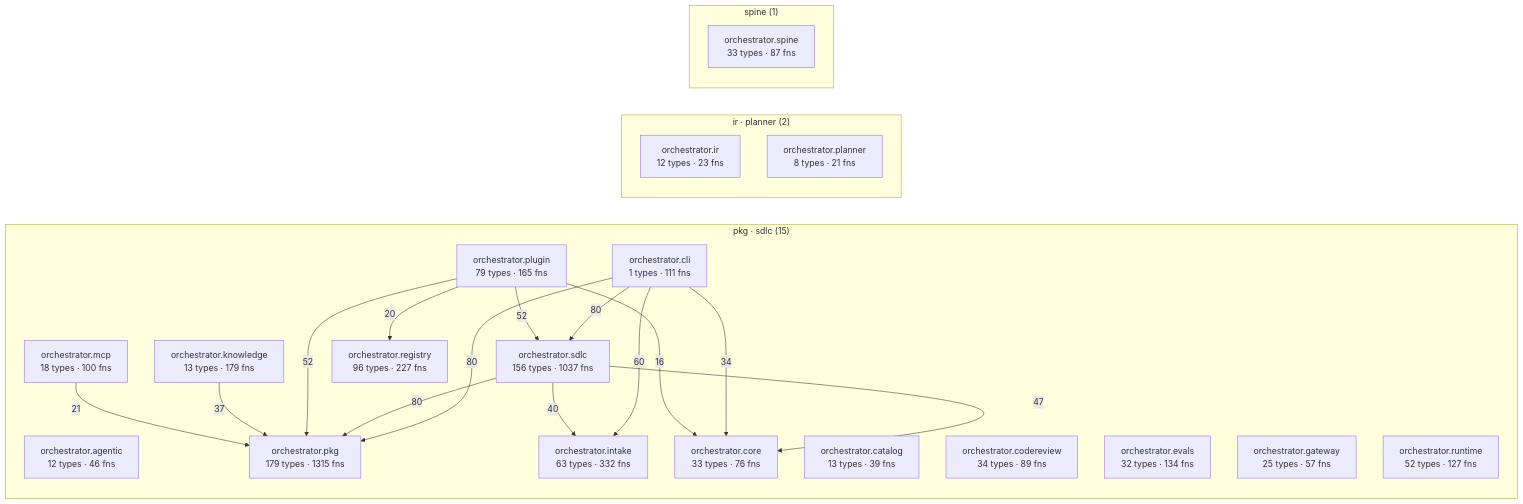
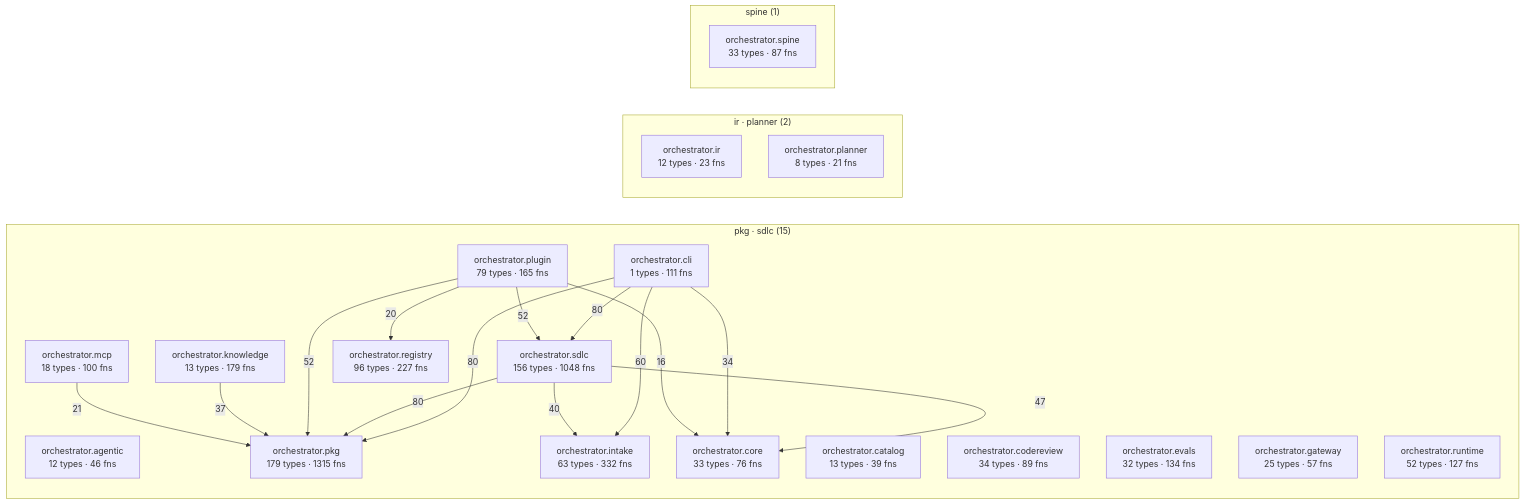
The diagram in episteme/architecture.md (synaptixs/spine), drawn with Mermaid before and after one commit. The commit also changed other lines of this file and 12 other files, not shown here.

````diff
--- a/episteme/architecture.md
+++ b/episteme/architecture.md
@@ -56,40 +56,40 @@
 ```mermaid
 flowchart LR
   subgraph c_2["pkg · sdlc (15)"]
     aorchestratoragentic["orchestrator.agentic<br/>12 types · 46 fns"]
     aorchestratorcatalog["orchestrator.catalog<br/>13 types · 39 fns"]
     aorchestratorcli["orchestrator.cli<br/>1 types · 111 fns"]
     aorchestratorcodereview["orchestrator.codereview<br/>34 types · 89 fns"]
     aorchestratorcore["orchestrator.core<br/>33 types · 76 fns"]
     aorchestratorevals["orchestrator.evals<br/>32 types · 134 fns"]
     aorchestratorgateway["orchestrator.gateway<br/>25 types · 57 fns"]
     aorchestratorintake["orchestrator.intake<br/>63 types · 332 fns"]
     aorchestratorknowledge["orchestrator.knowledge<br/>13 types · 179 fns"]
     aorchestratormcp["orchestrator.mcp<br/>18 types · 100 fns"]
     aorchestratorpkg["orchestrator.pkg<br/>179 types · 1315 fns"]
     aorchestratorplugin["orchestrator.plugin<br/>79 types · 165 fns"]
     aorchestratorregistry["orchestrator.registry<br/>96 types · 227 fns"]
     aorchestratorruntime["orchestrator.runtime<br/>52 types · 127 fns"]
-    aorchestratorsdlc["orchestrator.sdlc<br/>156 types · 1037 fns"]
+    aorchestratorsdlc["orchestrator.sdlc<br/>156 types · 1048 fns"]
   end
   subgraph c_5["ir · planner (2)"]
     aorchestratorir["orchestrator.ir<br/>12 types · 23 fns"]
     aorchestratorplanner["orchestrator.planner<br/>8 types · 21 fns"]
   end
   subgraph c_10["spine (1)"]
     aorchestratorspine["orchestrator.spine<br/>33 types · 87 fns"]
   end
   aorchestratorcli -->|80| aorchestratorpkg
   aorchestratorcli -->|80| aorchestratorsdlc
   aorchestratorsdlc -->|80| aorchestratorpkg
   aorchestratorcli -->|60| aorchestratorintake
   aorchestratorplugin -->|52| aorchestratorpkg
   aorchestratorplugin -->|52| aorchestratorsdlc
   aorchestratorsdlc -->|47| aorchestratorcore
   aorchestratorsdlc -->|40| aorchestratorintake
   aorchestratorknowledge -->|37| aorchestratorpkg
   aorchestratorcli -->|34| aorchestratorcore
   aorchestratormcp -->|21| aorchestratorpkg
   aorchestratorplugin -->|20| aorchestratorregistry
   aorchestratorplugin -->|16| aorchestratorcore
 ```
````
